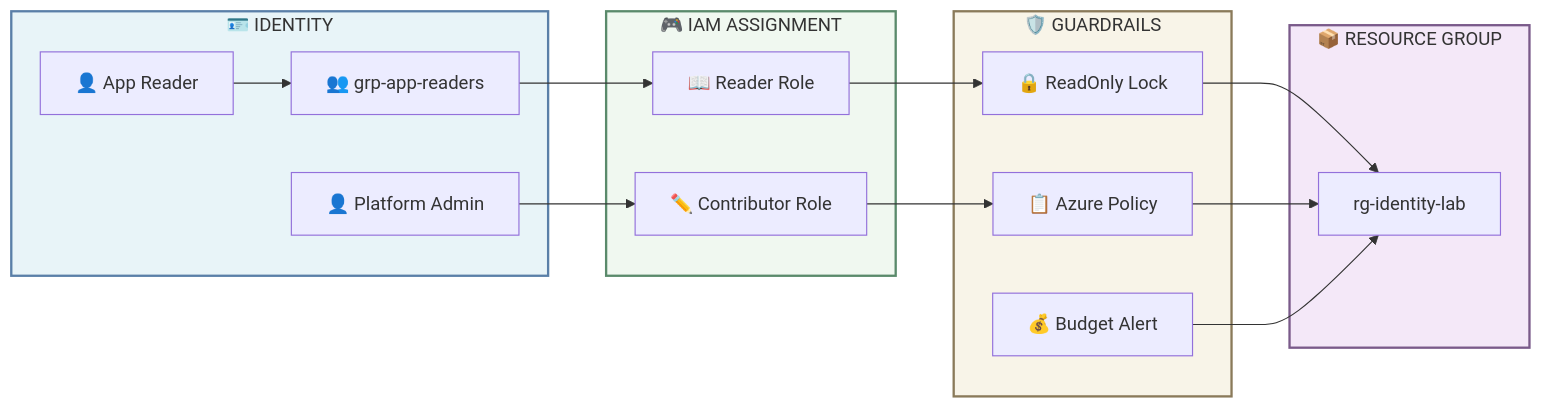
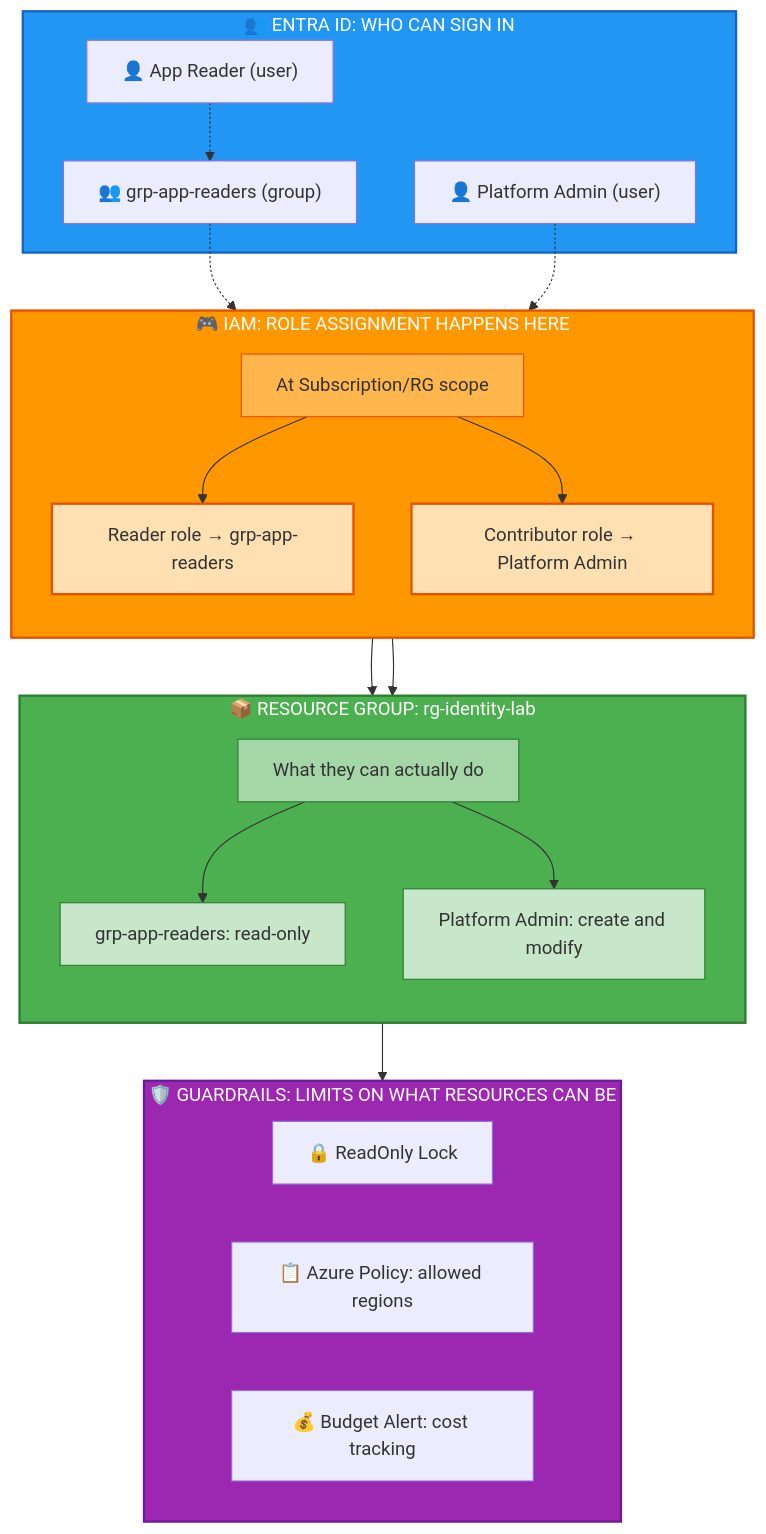
The first of 2 diagrams in 01-identity-governance/README.md (rubak714/azure-system-administration), drawn with Mermaid before and after one commit. The commit also changed other lines of this file, not shown here.

First line of the commit message:
docs: redesign identity-governance diagrams for clarity and visual appeal

````diff
--- a/01-identity-governance/README.md
+++ b/01-identity-governance/README.md
@@ -44,37 +44,52 @@
 ```mermaid
-graph LR
-    subgraph Identity["🪪 IDENTITY"]
-        U1["👤 App Reader"]
-        U2["👤 Platform Admin"]
-        GRP["👥 grp-app-readers"]
-        U1 --> GRP
+graph TB
+    subgraph People["👥 ENTRA ID: WHO CAN SIGN IN"]
+        U1["👤 App Reader (user)"]
+        U2["👤 Platform Admin (user)"]
+        GRP["👥 grp-app-readers (group)"]
     end
     
-    subgraph Assign["🎮 IAM ASSIGNMENT"]
-        READER["📖 Reader Role"]
-        CONTRIB["✏️ Contributor Role"]
-        GRP --> READER
-        U2 --> CONTRIB
+    subgraph Assignment["🎮 IAM: ROLE ASSIGNMENT HAPPENS HERE"]
+        direction TB
+        SCOPE["At Subscription/RG scope"]
+        R1["Reader role → grp-app-readers"]
+        R2["Contributor role → Platform Admin"]
+        SCOPE --> R1
+        SCOPE --> R2
     end
     
-    subgraph Controls["🛡️ GUARDRAILS"]
-        LOCK["🔒 ReadOnly Lock"]
-        POL["📋 Azure Policy"]
-        BUD["💰 Budget Alert"]
+    subgraph Scope["📦 RESOURCE GROUP: rg-identity-lab"]
+        direction TB
+        EFFECT["What they can actually do"]
+        READER_EFFECT["grp-app-readers: read-only"]
+        CONTRIB_EFFECT["Platform Admin: create and modify"]
+        EFFECT --> READER_EFFECT
+        EFFECT --> CONTRIB_EFFECT
     end
     
-    subgraph Target["📦 RESOURCE GROUP"]
-        RG["rg-identity-lab"]
+    subgraph Controls["🛡️ GUARDRAILS: LIMITS ON WHAT RESOURCES CAN BE"]
+        LOCK["🔒 ReadOnly Lock"]
+        POL["📋 Azure Policy: allowed regions"]
+        BUD["💰 Budget Alert: cost tracking"]
     end
     
-    READER --> LOCK
-    CONTRIB --> POL
-    LOCK --> RG
-    POL --> RG
-    BUD --> RG
+    U1 -.-> GRP
+    U2 -.-> Assignment
+    GRP -.-> R1
     
-    style Identity fill:#e8f4f8,stroke:#5A7FA8,stroke-width:2px,color:#333
-    style Assign fill:#f0f8f0,stroke:#5A8A6B,stroke-width:2px,color:#333
-    style Controls fill:#f8f4e8,stroke:#8A7A5A,stroke-width:2px,color:#333
-    style Target fill:#f4e8f8,stroke:#7A5A8A,stroke-width:2px,color:#333
+    R1 --> READER_EFFECT
+    R2 --> CONTRIB_EFFECT
+    
+    Scope --> Controls
+    
+    style People fill:#2196F3,stroke:#1565C0,stroke-width:2px,color:#fff
+    style Assignment fill:#FF9800,stroke:#E65100,stroke-width:2px,color:#fff
+    style Scope fill:#4CAF50,stroke:#2E7D32,stroke-width:2px,color:#fff
+    style Controls fill:#9C27B0,stroke:#6A1B9A,stroke-width:2px,color:#fff
+    style SCOPE fill:#FFB74D,stroke:#E65100,stroke-width:1px,color:#333
+    style R1 fill:#FFE0B2,stroke:#E65100,stroke-width:2px,color:#333
+    style R2 fill:#FFE0B2,stroke:#E65100,stroke-width:2px,color:#333
+    style EFFECT fill:#A5D6A7,stroke:#2E7D32,stroke-width:1px,color:#333
+    style READER_EFFECT fill:#C8E6C9,stroke:#2E7D32,stroke-width:1px,color:#333
+    style CONTRIB_EFFECT fill:#C8E6C9,stroke:#2E7D32,stroke-width:1px,color:#333
 ```
````
